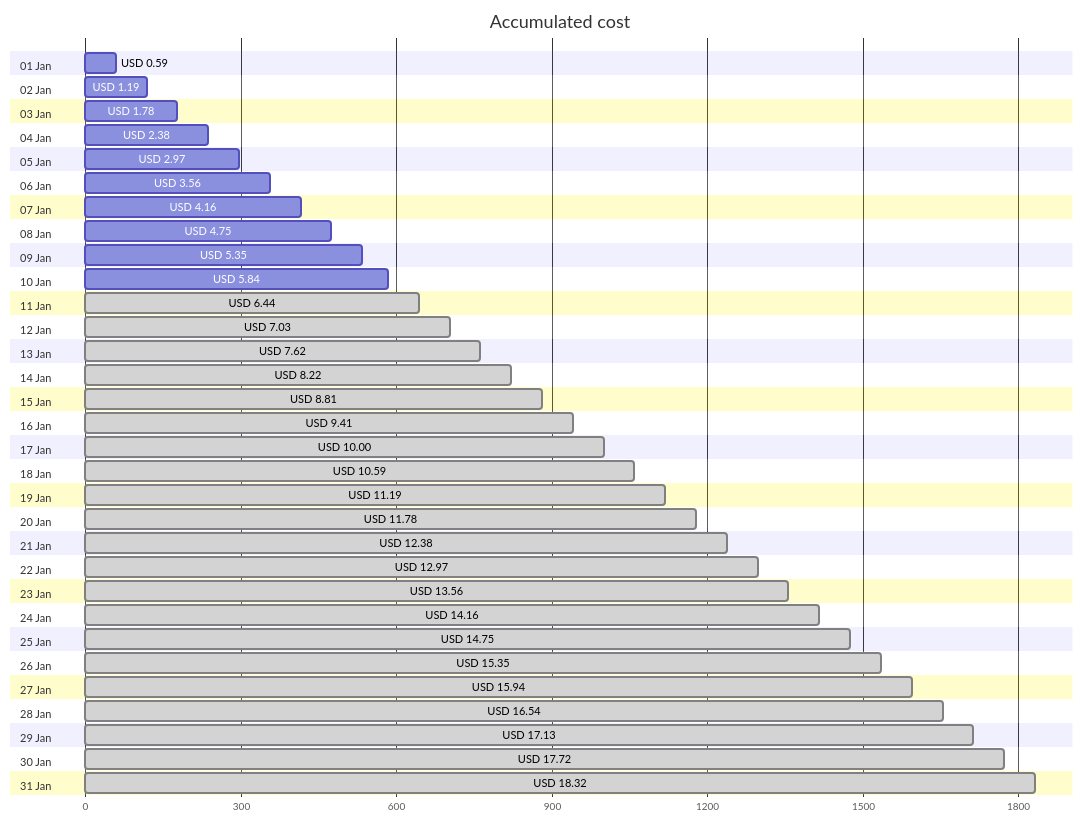
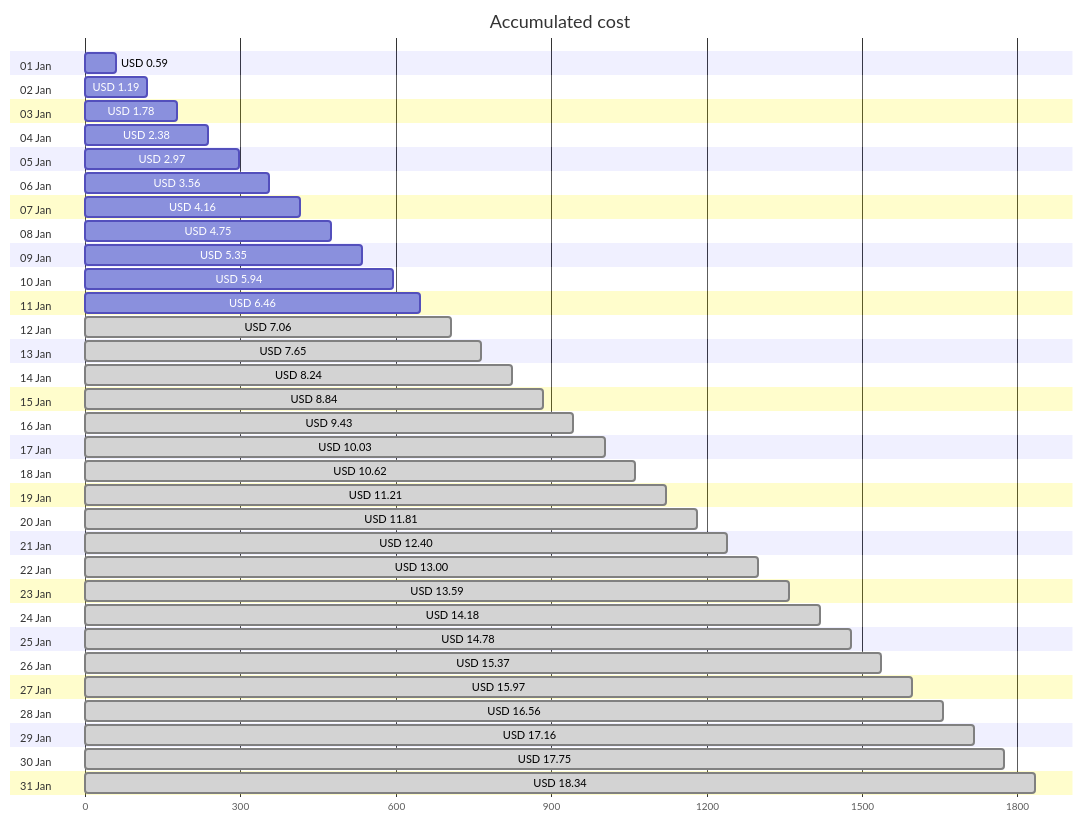
One commit to jpfulton/azure-personal-reports changed the first of 4 diagrams in cost-reports/personal-site/README.md. Above: the diagram before and after it, drawn with Mermaid. The commit also changed other lines of this file and 6 other files, not shown here.

````diff
--- a/cost-reports/personal-site/README.md
+++ b/cost-reports/personal-site/README.md
@@ -20,68 +20,68 @@
 ```mermaid
 gantt
    title Accumulated cost
    dateFormat  X
    axisFormat %s
    section 01 Jan
    USD 0.59 :0, 59
    section 02 Jan
    USD 1.19 :0, 119
    section 03 Jan
    USD 1.78 :0, 178
    section 04 Jan
    USD 2.38 :0, 238
    section 05 Jan
    USD 2.97 :0, 297
    section 06 Jan
    USD 3.56 :0, 356
    section 07 Jan
    USD 4.16 :0, 416
    section 08 Jan
    USD 4.75 :0, 475
    section 09 Jan
    USD 5.35 :0, 535
    section 10 Jan
-   USD 5.84 :0, 584
+   USD 5.94 :0, 594
    section 11 Jan
-   USD 6.44 : done, 0, 644
+   USD 6.46 :0, 646
    section 12 Jan
-   USD 7.03 : done, 0, 703
+   USD 7.06 : done, 0, 706
    section 13 Jan
-   USD 7.62 : done, 0, 762
+   USD 7.65 : done, 0, 765
    section 14 Jan
-   USD 8.22 : done, 0, 822
+   USD 8.24 : done, 0, 824
    section 15 Jan
-   USD 8.81 : done, 0, 881
+   USD 8.84 : done, 0, 884
    section 16 Jan
-   USD 9.41 : done, 0, 941
+   USD 9.43 : done, 0, 943
    section 17 Jan
-   USD 10.00 : done, 0, 1000
+   USD 10.03 : done, 0, 1003
    section 18 Jan
-   USD 10.59 : done, 0, 1059
+   USD 10.62 : done, 0, 1062
    section 19 Jan
-   USD 11.19 : done, 0, 1119
+   USD 11.21 : done, 0, 1121
    section 20 Jan
-   USD 11.78 : done, 0, 1178
+   USD 11.81 : done, 0, 1181
    section 21 Jan
-   USD 12.38 : done, 0, 1238
+   USD 12.40 : done, 0, 1240
    section 22 Jan
-   USD 12.97 : done, 0, 1297
+   USD 13.00 : done, 0, 1300
    section 23 Jan
-   USD 13.56 : done, 0, 1356
+   USD 13.59 : done, 0, 1359
    section 24 Jan
-   USD 14.16 : done, 0, 1416
+   USD 14.18 : done, 0, 1418
    section 25 Jan
-   USD 14.75 : done, 0, 1475
+   USD 14.78 : done, 0, 1478
    section 26 Jan
-   USD 15.35 : done, 0, 1535
+   USD 15.37 : done, 0, 1537
    section 27 Jan
-   USD 15.94 : done, 0, 1594
+   USD 15.97 : done, 0, 1597
    section 28 Jan
-   USD 16.54 : done, 0, 1654
+   USD 16.56 : done, 0, 1656
    section 29 Jan
-   USD 17.13 : done, 0, 1713
+   USD 17.16 : done, 0, 1716
    section 30 Jan
-   USD 17.72 : done, 0, 1772
+   USD 17.75 : done, 0, 1775
    section 31 Jan
-   USD 18.32 : done, 0, 1832
+   USD 18.34 : done, 0, 1834
 ```
````
